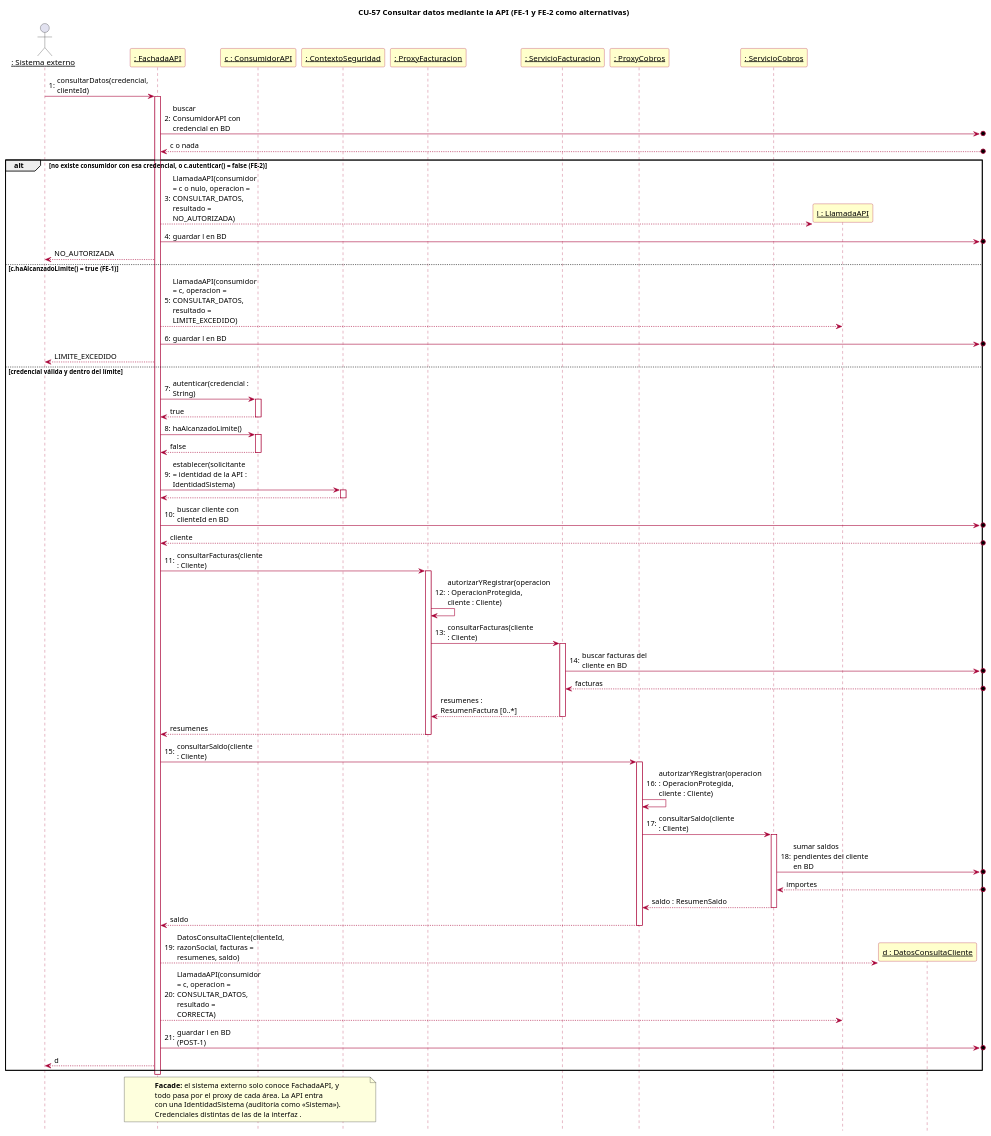
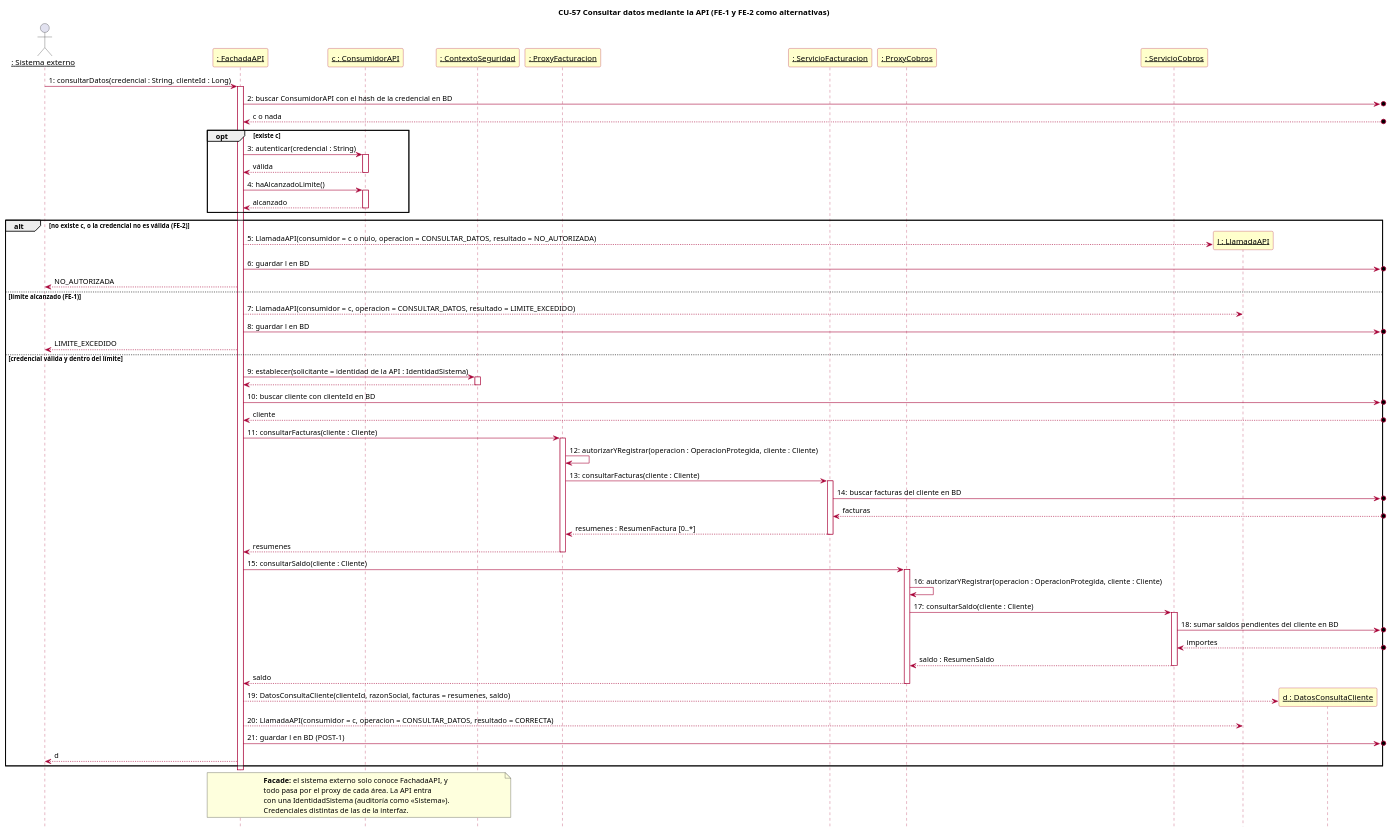
One commit to naybetaomar/AyDA-ProyectoBebes changed the diagram in Entrega2_GrupoBebes/entrega2/diagramas/secuencias/cu57/cu57_consultar_datos_api.puml. Above: the diagram before and after it, drawn with PlantUML. The commit also changed 15 other files, not shown here.

```diff
--- a/Entrega2_GrupoBebes/entrega2/diagramas/secuencias/cu57/cu57_consultar_datos_api.puml
+++ b/Entrega2_GrupoBebes/entrega2/diagramas/secuencias/cu57/cu57_consultar_datos_api.puml
@@ -1,102 +1,104 @@
 @startuml cu57_consultar_datos_api
 title CU-57 Consultar datos mediante la API (FE-1 y FE-2 como alternativas)
 hide footbox
-skinparam maxMessageSize 140
 autonumber "0:"
 skinparam sequenceParticipantBackgroundColor #FFFFCC
 skinparam sequenceParticipantBorderColor #A80036
 skinparam sequenceArrowColor #A80036
 skinparam sequenceLifeLineBorderColor #A80036
 
 actor "__: Sistema externo__" as SE
 participant "__: FachadaAPI__" as FA
 participant "__c : ConsumidorAPI__" as C
 participant "__: ContextoSeguridad__" as CS
 participant "__: ProxyFacturacion__" as PF
 participant "__: ServicioFacturacion__" as SF
 participant "__: ProxyCobros__" as PC
 participant "__: ServicioCobros__" as SC
 
-SE -> FA ++ : consultarDatos(credencial, clienteId)
+SE -> FA ++ : consultarDatos(credencial : String, clienteId : Long)
 
 ' ---------- Paso 2: autenticar ----------
-FA ->o] : buscar ConsumidorAPI con credencial en BD
+FA ->o] : buscar ConsumidorAPI con el hash de la credencial en BD
 autonumber stop
 FA <--o] : c o nada
 autonumber resume
 
-alt no existe consumidor con esa credencial, o c.autenticar() = false (FE-2)
+opt existe c
+  FA -> C ++ : autenticar(credencial : String)
+  autonumber stop
+  return válida
+  autonumber resume
+  FA -> C ++ : haAlcanzadoLimite()
+  autonumber stop
+  return alcanzado
+  autonumber resume
+end
+
+alt no existe c, o la credencial no es válida (FE-2)
   create participant "__l : LlamadaAPI__" as L
   FA --> L : LlamadaAPI(consumidor = c o nulo, operacion = CONSULTAR_DATOS, resultado = NO_AUTORIZADA)
   FA ->o] : guardar l en BD
   autonumber stop
   FA --> SE : NO_AUTORIZADA
   autonumber resume
-else c.haAlcanzadoLimite() = true (FE-1)
+else límite alcanzado (FE-1)
   FA --> L : LlamadaAPI(consumidor = c, operacion = CONSULTAR_DATOS, resultado = LIMITE_EXCEDIDO)
   FA ->o] : guardar l en BD
   autonumber stop
   FA --> SE : LIMITE_EXCEDIDO
   autonumber resume
 else credencial válida y dentro del límite
-  FA -> C ++ : autenticar(credencial : String)
-  autonumber stop
-  return true
-  autonumber resume
-  FA -> C ++ : haAlcanzadoLimite()
-  autonumber stop
-  return false
-  autonumber resume
 
   ' ---------- Paso 3: permisos ----------
   FA -> CS ++ : establecer(solicitante = identidad de la API : IdentidadSistema)
   autonumber stop
   return
   autonumber resume
   FA ->o] : buscar cliente con clienteId en BD
   autonumber stop
   FA <--o] : cliente
   autonumber resume
 
   FA -> PF ++ : consultarFacturas(cliente : Cliente)
   PF -> PF : autorizarYRegistrar(operacion : OperacionProtegida, cliente : Cliente)
   PF -> SF ++ : consultarFacturas(cliente : Cliente)
   SF ->o] : buscar facturas del cliente en BD
   autonumber stop
   SF <--o] : facturas
   SF --> PF : resumenes : ResumenFactura [0..*]
   deactivate SF
   PF --> FA : resumenes
   deactivate PF
   autonumber resume
 
   FA -> PC ++ : consultarSaldo(cliente : Cliente)
   PC -> PC : autorizarYRegistrar(operacion : OperacionProtegida, cliente : Cliente)
   PC -> SC ++ : consultarSaldo(cliente : Cliente)
   SC ->o] : sumar saldos pendientes del cliente en BD
   autonumber stop
   SC <--o] : importes
   SC --> PC : saldo : ResumenSaldo
   deactivate SC
   PC --> FA : saldo
   deactivate PC
   autonumber resume
 
   ' ---------- Paso 4: devolver el detalle mínimo y registrar ----------
   create participant "__d : DatosConsultaCliente__" as D
   FA --> D : DatosConsultaCliente(clienteId, razonSocial, facturas = resumenes, saldo)
   FA --> L : LlamadaAPI(consumidor = c, operacion = CONSULTAR_DATOS, resultado = CORRECTA)
   FA ->o] : guardar l en BD (POST-1)
   autonumber stop
   FA --> SE : d
   autonumber resume
 end
 deactivate FA
 
 note over FA, CS
   **Facade:** el sistema externo solo conoce FachadaAPI, y
   todo pasa por el proxy de cada área. La API entra
   con una IdentidadSistema (auditoría como «Sistema»).
-  Credenciales distintas de las de la interfaz .
+  Credenciales distintas de las de la interfaz.
 end note
 @enduml
```
